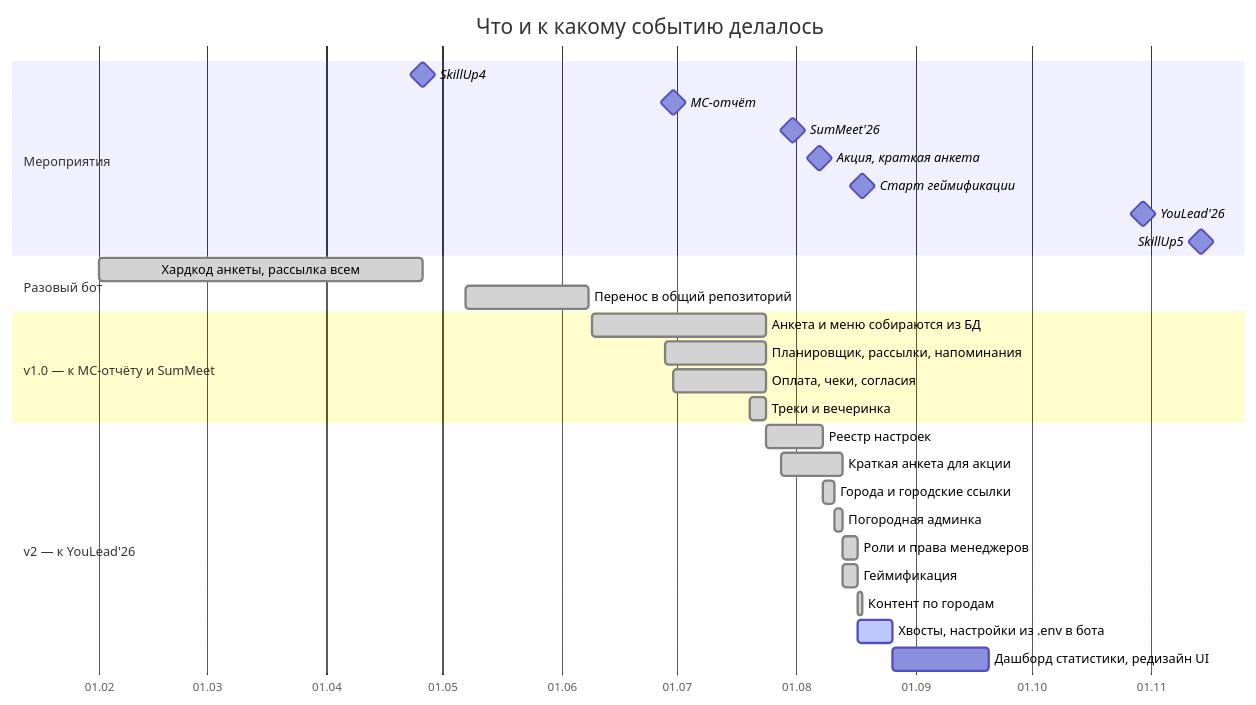
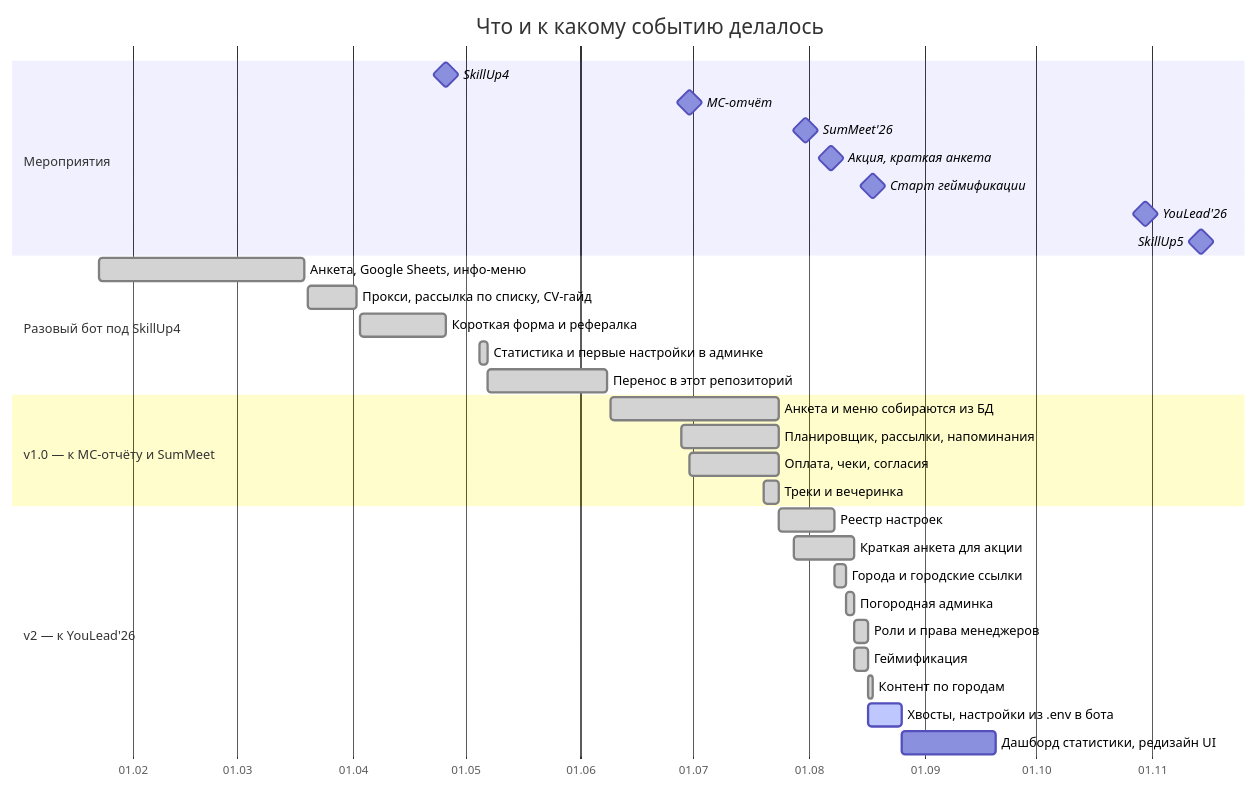
The first of 3 diagrams in README.md (qleafye/AIESEC_event_bot), drawn with Mermaid before and after one commit. The commit also changed other lines of this file, not shown here.

Commit message:
docs: точный старт истории — 23 января 2026, ранние репозитории
Даты сверены по qleafye/AIESEC (23 коммита, 23.01–08.04, версия к SkillUp4) и
qleafye/AIESEC_private (42 коммита, та же ветка, до 07.05 — прямой предшественник
этого репозитория). Февраль в тексте был неточностью: первый коммит 23 января.
Добавлены дорожки раннего периода — прокси и рассылка по списку, короткая форма и
рефералка до форума, статистика и первые настройки в админке в мае.

````diff
--- a/README.md
+++ b/README.md
@@ -75,36 +80,39 @@
 ```mermaid
 gantt
     title Что и к какому событию делалось
     dateFormat YYYY-MM-DD
     axisFormat %d.%m
 
     section Мероприятия
     SkillUp4                            :milestone, 2026-04-26, 0d
     МС-отчёт                            :milestone, 2026-06-30, 0d
     SumMeet'26                          :milestone, 2026-07-31, 0d
     Акция, краткая анкета               :milestone, 2026-08-07, 0d
     Старт геймификации                  :milestone, 2026-08-18, 0d
     YouLead'26                          :milestone, 2026-10-30, 0d
     SkillUp5                            :milestone, 2026-11-14, 0d
 
-    section Разовый бот
-    Хардкод анкеты, рассылка всем       :done, 2026-02-01, 2026-04-26
-    Перенос в общий репозиторий         :done, 2026-05-07, 2026-06-08
+    section Разовый бот под SkillUp4
+    Анкета, Google Sheets, инфо-меню    :done, 2026-01-23, 2026-03-19
+    Прокси, рассылка по списку, CV-гайд :done, 2026-03-20, 2026-04-02
+    Короткая форма и рефералка          :done, 2026-04-03, 2026-04-26
+    Статистика и первые настройки в админке :done, 2026-05-05, 2026-05-07
+    Перенос в этот репозиторий          :done, 2026-05-07, 2026-06-08
 
     section v1.0 — к МС-отчёту и SumMeet
     Анкета и меню собираются из БД      :done, 2026-06-09, 2026-07-24
     Планировщик, рассылки, напоминания  :done, 2026-06-28, 2026-07-24
     Оплата, чеки, согласия              :done, 2026-06-30, 2026-07-24
     Треки и вечеринка                   :done, 2026-07-20, 2026-07-24
 
     section v2 — к YouLead'26
     Реестр настроек                     :done, 2026-07-24, 2026-08-08
     Краткая анкета для акции            :done, 2026-07-28, 2026-08-13
     Города и городские ссылки           :done, 2026-08-08, 2026-08-11
     Погородная админка                  :done, 2026-08-11, 2026-08-13
     Роли и права менеджеров             :done, 2026-08-13, 2026-08-17
     Геймификация                        :done, 2026-08-13, 2026-08-17
     Контент по городам                  :done, 2026-08-17, 2026-08-18
     Хвосты, настройки из .env в бота    :active, 2026-08-17, 2026-08-26
     Дашборд статистики, редизайн UI     :2026-08-26, 2026-09-20
 ```
````
